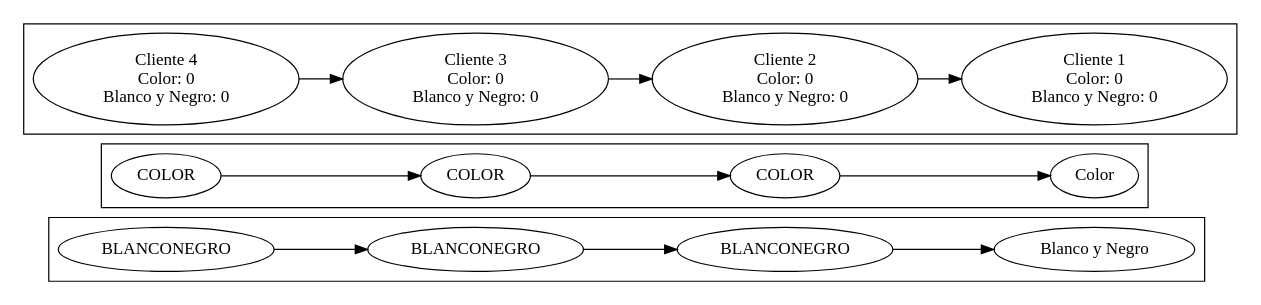
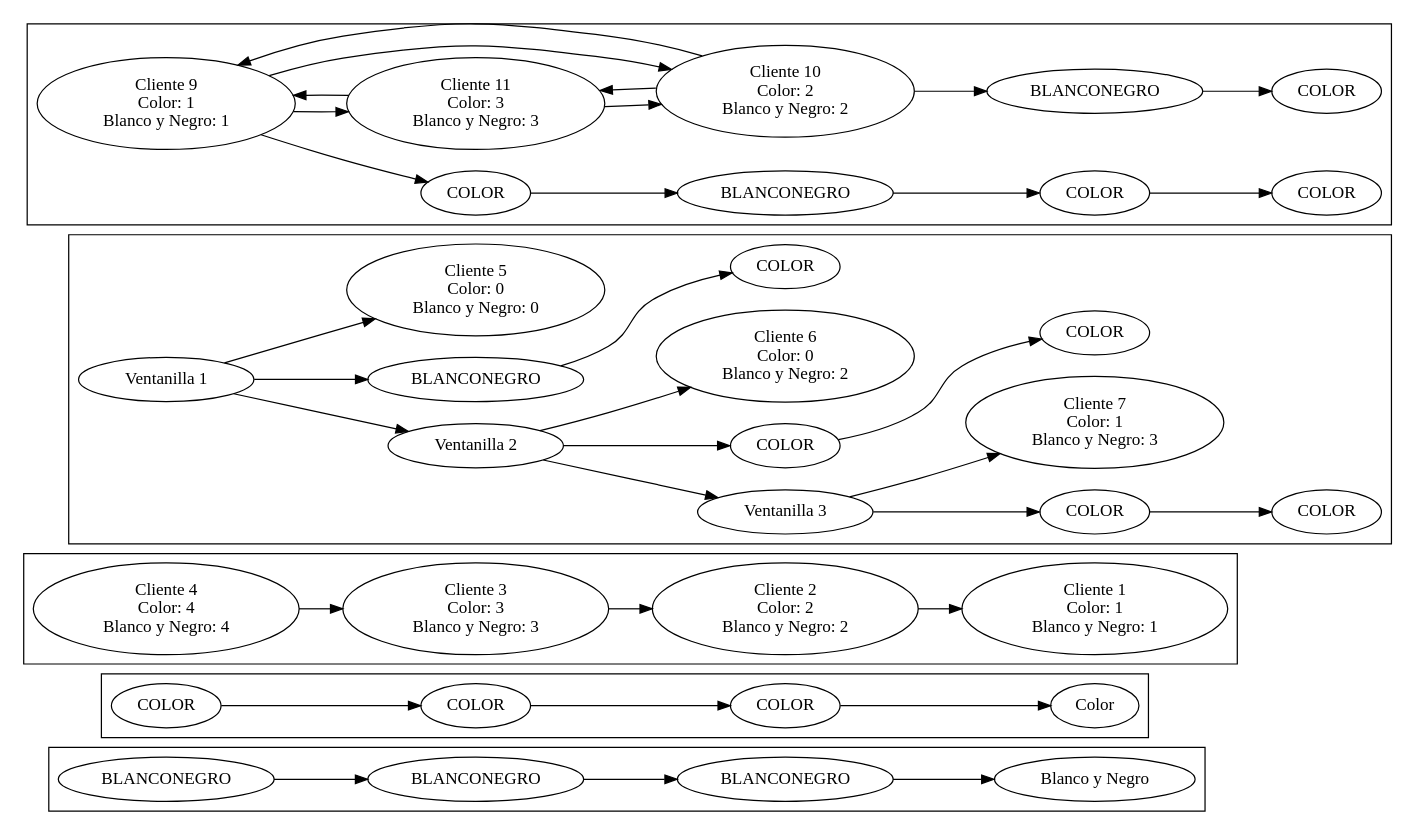
One commit to xhuniktzi/EDD_PROYECTO_201900462 changed the diagram in report.dot. Above: the diagram before and after it, drawn with Graphviz. The commit also changed 10 other files, not shown here.

```diff
--- a/report.dot
+++ b/report.dot
@@ -1,35 +1,93 @@
 digraph G{
 rankdir=LR;
 subgraph clusterPrintBN {
-ef0fb7404564057ab53d5f7464f1ff8[label="BLANCONEGRO"];
-ef0fb7404564057ab53d5f7464f1ff8->fa4735d8323491c9504df9e4194d69d;
-fa4735d8323491c9504df9e4194d69d[label="BLANCONEGRO"];
-fa4735d8323491c9504df9e4194d69d->cc1004fdde44a919ecec4fc5061cea6;
-cc1004fdde44a919ecec4fc5061cea6[label="BLANCONEGRO"];
+dbcdee24e84d238856ea92824e9221[label="BLANCONEGRO"];
+dbcdee24e84d238856ea92824e9221->fb804375b619cf3a7be715af;
+fb804375b619cf3a7be715af[label="BLANCONEGRO"];
+fb804375b619cf3a7be715af->cbc3a3a83c463cb709acd074f2dc62;
+cbc3a3a83c463cb709acd074f2dc62[label="BLANCONEGRO"];
 BN[label="Blanco y Negro"];
-cc1004fdde44a919ecec4fc5061cea6-> BN;
+cbc3a3a83c463cb709acd074f2dc62-> BN;
 }subgraph clusterPrintColor {
-cdbc45e080c4409b09091687360ece2[label="COLOR"];
-cdbc45e080c4409b09091687360ece2->f02f35205e4487e91f657ecaa044892;
-f02f35205e4487e91f657ecaa044892[label="COLOR"];
-f02f35205e4487e91f657ecaa044892->ddf28468034b0ebfef6580ac439724;
-ddf28468034b0ebfef6580ac439724[label="COLOR"];
+aacaad7499047b5bf3fa04b94ac6691[label="COLOR"];
+aacaad7499047b5bf3fa04b94ac6691->c79969e24fbe9a48f900a6dc67ca;
+c79969e24fbe9a48f900a6dc67ca[label="COLOR"];
+c79969e24fbe9a48f900a6dc67ca->d8e74a2891e7801f30e815e3;
+d8e74a2891e7801f30e815e3[label="COLOR"];
 C[label="Color"];
-ddf28468034b0ebfef6580ac439724-> C;
+d8e74a2891e7801f30e815e3-> C;
 }subgraph clusterColaRecepcion {
-b289cac824b1780f6964c670c9ff2[label=" Cliente 4
+cd9f2a4e758a6a4fbbd623511d[label=" Cliente 4
+ Color: 4
+ Blanco y Negro: 4 "];
+cd9f2a4e758a6a4fbbd623511d->baa47c847aba142da365010fd2c;
+baa47c847aba142da365010fd2c[label=" Cliente 3
+ Color: 3
+ Blanco y Negro: 3 "];
+baa47c847aba142da365010fd2c->f9a04383f84982ade0de3da757691e;
+f9a04383f84982ade0de3da757691e[label=" Cliente 2
+ Color: 2
+ Blanco y Negro: 2 "];
+f9a04383f84982ade0de3da757691e->c2c4d85e04ad593f0fda2827ebcf5;
+c2c4d85e04ad593f0fda2827ebcf5[label=" Cliente 1
+ Color: 1
+ Blanco y Negro: 1 "];
+}subgraph clusterListaVentanillas {
+c9f02639e2442e4b8daa280d12b38bd[label=" Ventanilla 1 "];
+c9f02639e2442e4b8daa280d12b38bd->bf206b34b6ead945dac9200604e;
+c9f02639e2442e4b8daa280d12b38bd->cbd02b176b6465ba2ea91c570468613;
+cbd02b176b6465ba2ea91c570468613[label="BLANCONEGRO"];
+cbd02b176b6465ba2ea91c570468613->be416fe4e4b1ea20f9d09a05082a8;
+be416fe4e4b1ea20f9d09a05082a8[label="COLOR"];
+b18f30315f44e7bbab261a9ff59c308[label="Cliente 5
  Color: 0
- Blanco y Negro: 0 "];
-b289cac824b1780f6964c670c9ff2->af452f254ed799598df13619de4c;
-af452f254ed799598df13619de4c[label=" Cliente 3
+ Blanco y Negro: 0"];
+c9f02639e2442e4b8daa280d12b38bd->b18f30315f44e7bbab261a9ff59c308;
+bf206b34b6ead945dac9200604e[label=" Ventanilla 2 "];
+bf206b34b6ead945dac9200604e->f3881ca543e4dc3be9fe8ea68d70562;
+bf206b34b6ead945dac9200604e->eb30e0d4847b39a6ee656bbdc34bd;
+eb30e0d4847b39a6ee656bbdc34bd[label="COLOR"];
+eb30e0d4847b39a6ee656bbdc34bd->aa89c0dc0dc42edb66a70d24bfba2a2;
+aa89c0dc0dc42edb66a70d24bfba2a2[label="COLOR"];
+d67b1eb8d374536af135916dba1af75[label="Cliente 6
  Color: 0
- Blanco y Negro: 0 "];
-af452f254ed799598df13619de4c->dabd987b04d95a6e3adf0d16b894f;
-dabd987b04d95a6e3adf0d16b894f[label=" Cliente 2
- Color: 0
- Blanco y Negro: 0 "];
-dabd987b04d95a6e3adf0d16b894f->aa57fe2733144a58c0ff2167af123a2;
-aa57fe2733144a58c0ff2167af123a2[label=" Cliente 1
- Color: 0
- Blanco y Negro: 0 "];
+ Blanco y Negro: 2"];
+bf206b34b6ead945dac9200604e->d67b1eb8d374536af135916dba1af75;
+f3881ca543e4dc3be9fe8ea68d70562[label=" Ventanilla 3 "];
+f3881ca543e4dc3be9fe8ea68d70562->a4f8e3793eb44988de541bcb0333d07;
+a4f8e3793eb44988de541bcb0333d07[label="COLOR"];
+a4f8e3793eb44988de541bcb0333d07->d6a4d2a47609231ea063c25897f;
+d6a4d2a47609231ea063c25897f[label="COLOR"];
+a90db6f1313469c9352b5b29165e46e[label="Cliente 7
+ Color: 1
+ Blanco y Negro: 3"];
+f3881ca543e4dc3be9fe8ea68d70562->a90db6f1313469c9352b5b29165e46e;
+}subgraph clusterListaEspera {
+cfa7f5aa75e4125915e75d15cba6159->a604cafc9d44da86bf763dbb572c0a;
+a604cafc9d44da86bf763dbb572c0a[label="COLOR"];
+a604cafc9d44da86bf763dbb572c0a->b45614b4178be6feecd9752cae5;
+b45614b4178be6feecd9752cae5[label="BLANCONEGRO"];
+b45614b4178be6feecd9752cae5->bbeaea49fab350d60ad812ce98;
+bbeaea49fab350d60ad812ce98[label="COLOR"];
+bbeaea49fab350d60ad812ce98->cf7d349c4c242bebf0c98f60dd86590;
+cf7d349c4c242bebf0c98f60dd86590[label="COLOR"];
+cfa7f5aa75e4125915e75d15cba6159[label="Cliente 9
+ Color: 1
+ Blanco y Negro: 1"];
+cfa7f5aa75e4125915e75d15cba6159->e6c29b37043fba57621bf84a67062;
+cfa7f5aa75e4125915e75d15cba6159->baaeffddaf3ad7cb96e7ef65;
+baaeffddaf3ad7cb96e7ef65->c2fa506f4625be5d39ef7785ff03;
+c2fa506f4625be5d39ef7785ff03[label="BLANCONEGRO"];
+c2fa506f4625be5d39ef7785ff03->ad6790540478301c3911b2db62e;
+ad6790540478301c3911b2db62e[label="COLOR"];
+baaeffddaf3ad7cb96e7ef65[label="Cliente 10
+ Color: 2
+ Blanco y Negro: 2"];
+baaeffddaf3ad7cb96e7ef65->cfa7f5aa75e4125915e75d15cba6159;
+baaeffddaf3ad7cb96e7ef65->e6c29b37043fba57621bf84a67062;
+e6c29b37043fba57621bf84a67062[label="Cliente 11
+ Color: 3
+ Blanco y Negro: 3"];
+e6c29b37043fba57621bf84a67062->baaeffddaf3ad7cb96e7ef65;
+e6c29b37043fba57621bf84a67062->cfa7f5aa75e4125915e75d15cba6159;
 }}
```
